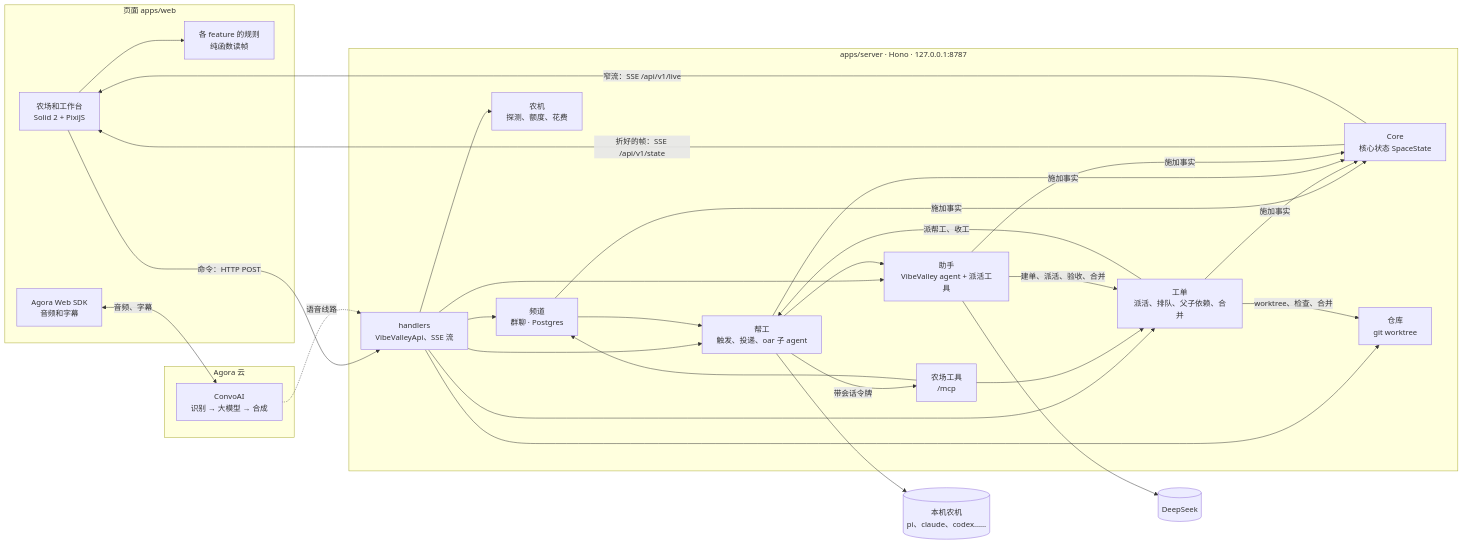
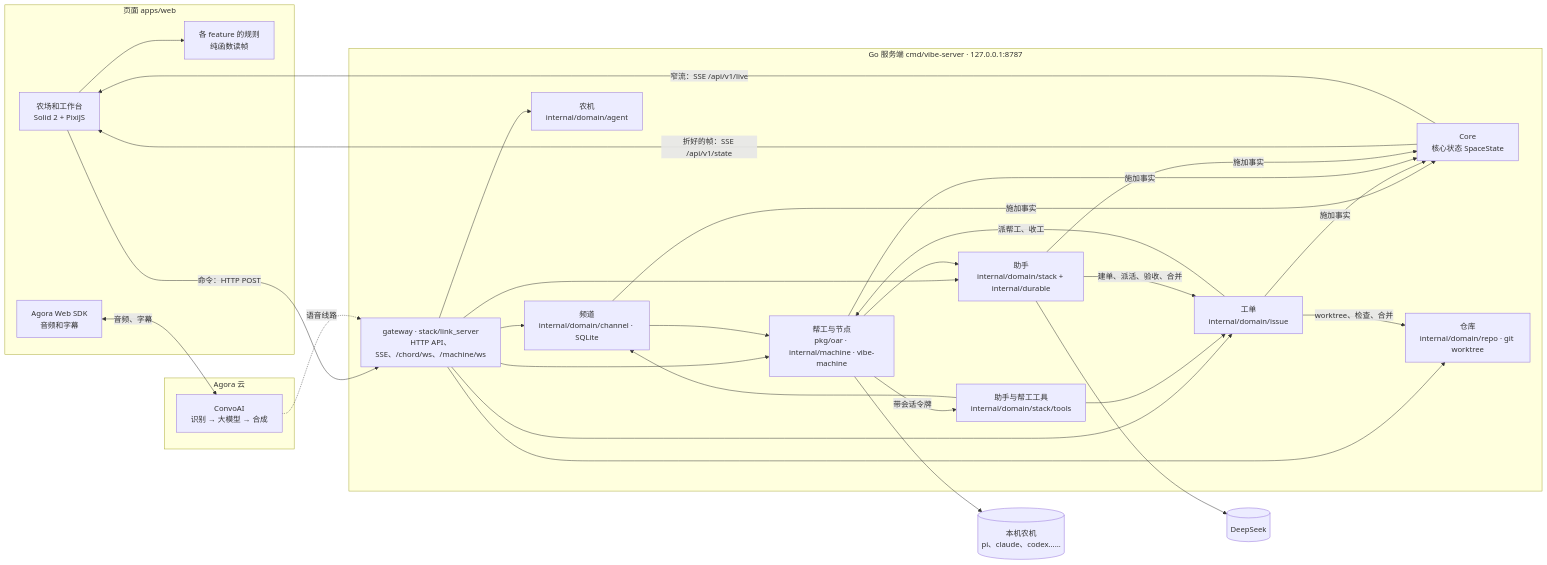
Before and after one commit to vibevalleyhq/vibevalley: the diagram in docs/architecture.md, drawn with Mermaid. The commit also changed other lines of this file and 1286 other files, not shown here.

First line of the commit message:
Go services, CLI, and MyGo desktop shell run the control plane on unified pkg/db SQLite (#258)

````diff
--- a/docs/architecture.md
+++ b/docs/architecture.md
@@ -5,45 +5,45 @@
 ```mermaid
 flowchart LR
   subgraph Page[页面 apps/web]
     UI[农场和工作台<br/>Solid 2 + PixiJS]
     RULES[各 feature 的规则<br/>纯函数读帧]
     RTC[Agora Web SDK<br/>音频和字幕]
   end
 
-  subgraph Server[apps/server · Hono · 127.0.0.1:8787]
-    API[handlers<br/>VibeValleyApi、SSE 流]
+  subgraph Server[Go 服务端 cmd/vibe-server · 127.0.0.1:8787]
+    API[gateway · stack/link_server<br/>HTTP API、SSE、/chord/ws、/machine/ws]
     SITE[Core<br/>核心状态 SpaceState]
-    FM[助手<br/>VibeValley agent + 派活工具]
-    CHAT[频道<br/>群聊 · Postgres]
-    TK[工单<br/>派活、排队、父子依赖、合并]
-    CREW[帮工<br/>触发、投递、oar 子 agent]
-    PRJ[仓库<br/>git worktree]
-    RT[农机<br/>探测、额度、花费]
-    MCP[农场工具<br/>/mcp]
+    FM[助手<br/>internal/domain/stack + internal/durable]
+    CHAT[频道<br/>internal/domain/channel · SQLite]
+    TK[工单<br/>internal/domain/issue]
+    CREW[帮工与节点<br/>pkg/oar · internal/machine · vibe-machine]
+    PRJ[仓库<br/>internal/domain/repo · git worktree]
+    RT[农机<br/>internal/domain/agent]
+    MCP[助手与帮工工具<br/>internal/domain/stack/tools]
   end
 
   subgraph Agora[Agora 云]
     CAI[ConvoAI<br/>识别 → 大模型 → 合成]
   end
 
   AGENTS[(本机农机<br/>pi、claude、codex……)]
   DS[(DeepSeek)]
 
   UI --> RULES
   UI -->|命令：HTTP POST| API
   SITE -->|折好的帧：SSE /api/v1/state| UI
   SITE -->|窄流：SSE /api/v1/live| UI
   API --> CHAT & FM & TK & CREW & PRJ & RT
   CHAT --> CREW
   CREW --> FM
   CREW -->|带会话令牌| MCP
   MCP --> CHAT & TK
   FM -->|建单、派活、验收、合并| TK
   TK -->|派帮工、收工| CREW
   TK -->|worktree、检查、合并| PRJ
   CREW --> AGENTS
   FM --> DS
   CHAT & TK & CREW & FM -->|施加事实| SITE
   RTC <-->|音频、字幕| CAI
   CAI -.->|语音线路| API
 ```
````
